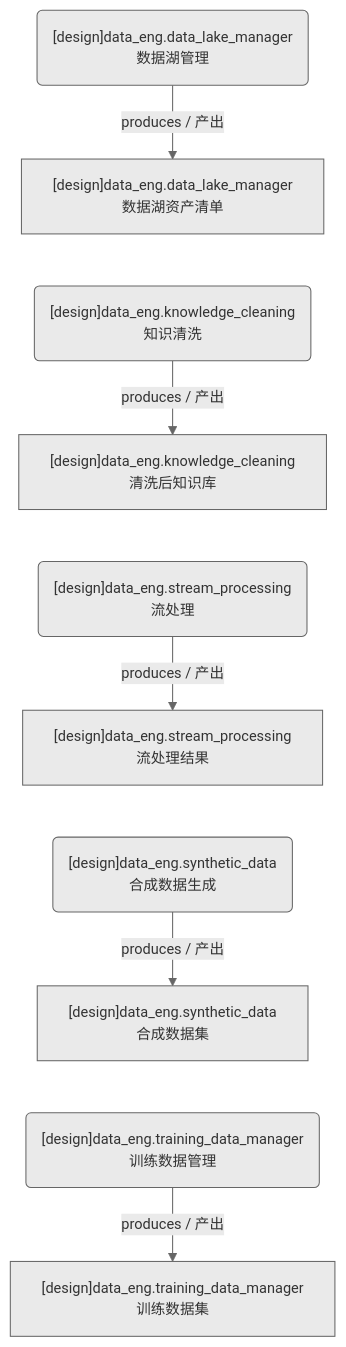
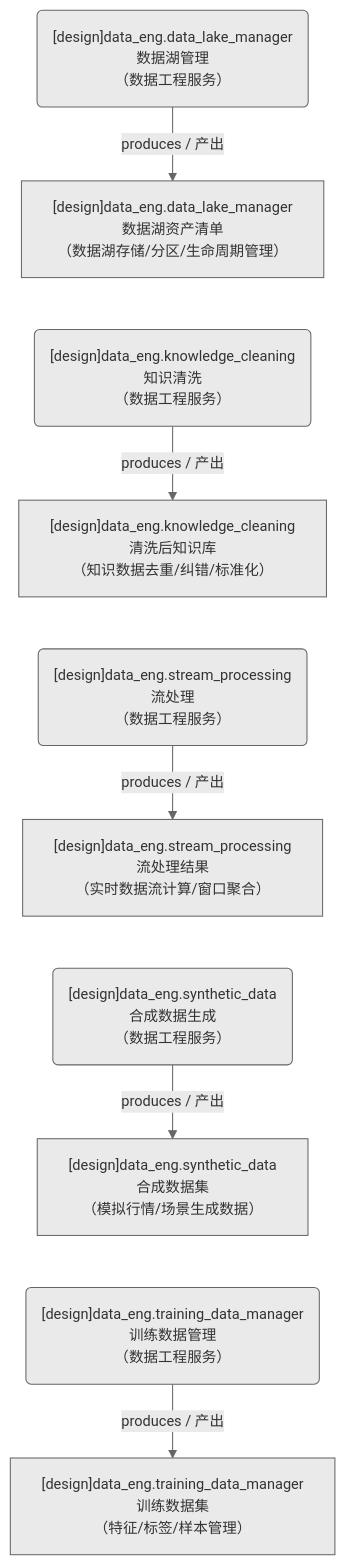
One commit to xuanFelixVan/ZephyrAlpha changed the second of 2 diagrams in docs/02_enterprise_architecture/05_dataflow_architecture/d_data_eng.md. Above: the diagram before and after it, drawn with Mermaid. The commit also changed other lines of this file and 11 other files, not shown here.

First line of the commit message:
feat(dataflow-diagram): 域文档新增全景合并图+运营态完整功能简述显示

````diff
--- a/docs/02_enterprise_architecture/05_dataflow_architecture/d_data_eng.md
+++ b/docs/02_enterprise_architecture/05_dataflow_architecture/d_data_eng.md
@@ -23,23 +52,23 @@
 ```mermaid
 %%{init: {'theme': 'base', 'themeVariables': {'primaryColor': '#eaeaea', 'primaryTextColor': '#333333', 'primaryBorderColor': '#666666', 'lineColor': '#666666', 'secondaryColor': '#eaeaea', 'tertiaryColor': '#eaeaea', 'fontSize': '14px'}}}%%
 flowchart TD
-    DS11258["[design]data_eng.data_lake_manager<br/>数据湖资产清单"]
-    DS11259["[design]data_eng.knowledge_cleaning<br/>清洗后知识库"]
-    DS11260["[design]data_eng.stream_processing<br/>流处理结果"]
-    DS11261["[design]data_eng.synthetic_data<br/>合成数据集"]
-    DS11262["[design]data_eng.training_data_manager<br/>训练数据集"]
-    JOB757622("[design]data_eng.data_lake_manager<br/>数据湖管理")
-    JOB757623("[design]data_eng.knowledge_cleaning<br/>知识清洗")
-    JOB757624("[design]data_eng.stream_processing<br/>流处理")
-    JOB757625("[design]data_eng.synthetic_data<br/>合成数据生成")
-    JOB757626("[design]data_eng.training_data_manager<br/>训练数据管理")
+    DS11258["[design]data_eng.data_lake_manager<br/>数据湖资产清单<br/>（数据湖存储/分区/生命周期管理）"]
+    DS11259["[design]data_eng.knowledge_cleaning<br/>清洗后知识库<br/>（知识数据去重/纠错/标准化）"]
+    DS11260["[design]data_eng.stream_processing<br/>流处理结果<br/>（实时数据流计算/窗口聚合）"]
+    DS11261["[design]data_eng.synthetic_data<br/>合成数据集<br/>（模拟行情/场景生成数据）"]
+    DS11262["[design]data_eng.training_data_manager<br/>训练数据集<br/>（特征/标签/样本管理）"]
+    JOB757622("[design]data_eng.data_lake_manager<br/>数据湖管理<br/>（数据工程服务）")
+    JOB757623("[design]data_eng.knowledge_cleaning<br/>知识清洗<br/>（数据工程服务）")
+    JOB757624("[design]data_eng.stream_processing<br/>流处理<br/>（数据工程服务）")
+    JOB757625("[design]data_eng.synthetic_data<br/>合成数据生成<br/>（数据工程服务）")
+    JOB757626("[design]data_eng.training_data_manager<br/>训练数据管理<br/>（数据工程服务）")
     JOB757622 -->|produces / 产出| DS11258
     JOB757623 -->|produces / 产出| DS11259
     JOB757624 -->|produces / 产出| DS11260
     JOB757625 -->|produces / 产出| DS11261
     JOB757626 -->|produces / 产出| DS11262
     DS11258 ~~~ JOB757623
     DS11259 ~~~ JOB757624
     DS11260 ~~~ JOB757625
     DS11261 ~~~ JOB757626
 ```
````
